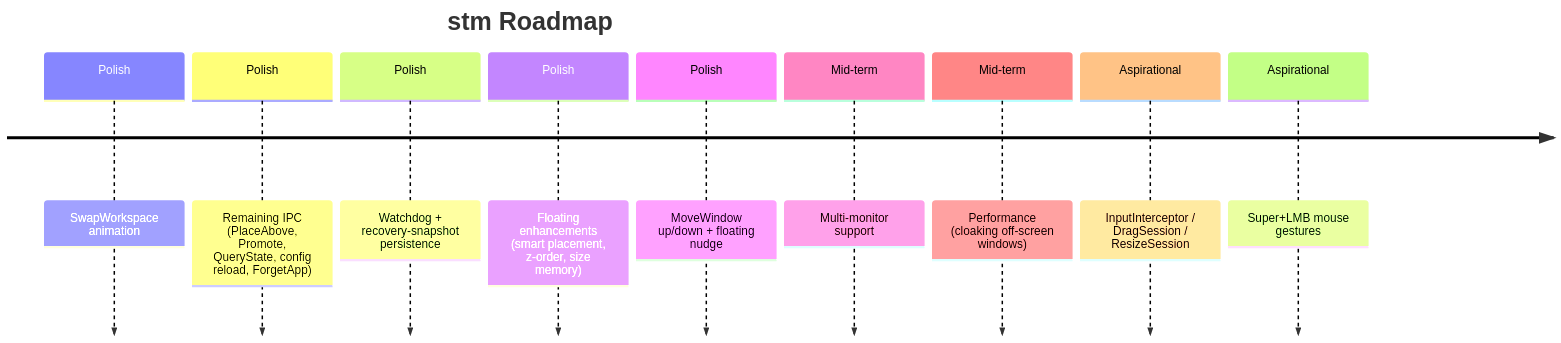
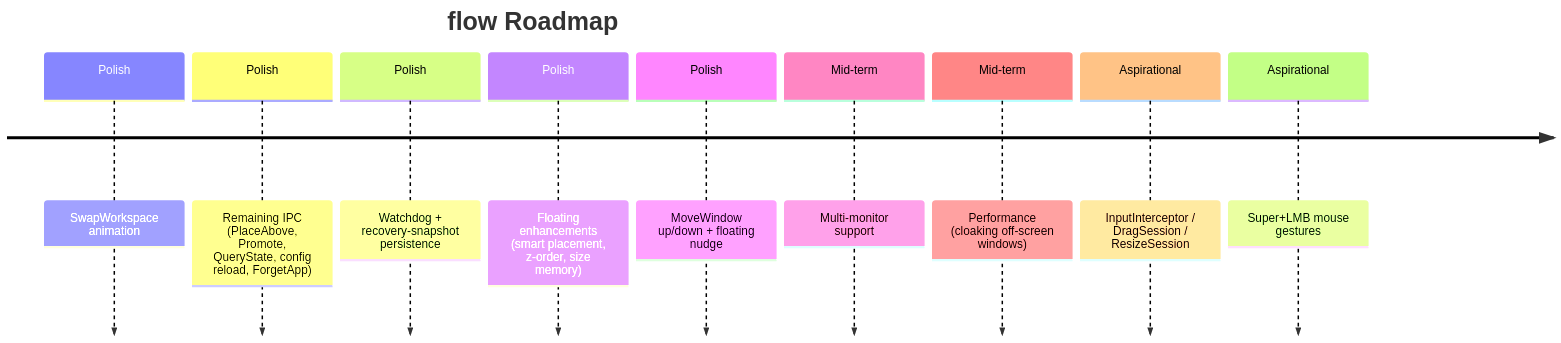
One commit to CCpcalvin/flow-wm changed the diagram in docs/src/dev-guide/roadmap.md. Above: the diagram before and after it, drawn with Mermaid. The commit also changed other lines of this file and 108 other files, not shown here.

Commit message:
refactor: rename project from scrolling-tiling-manager to flow-wm

````diff
--- a/docs/src/dev-guide/roadmap.md
+++ b/docs/src/dev-guide/roadmap.md
@@ -10,13 +10,13 @@
 ```mermaid
 timeline
-    title stm Roadmap
+    title flow Roadmap
     Polish : SwapWorkspace animation
     Polish : Remaining IPC (PlaceAbove, Promote, QueryState, config reload, ForgetApp)
     Polish : Watchdog + recovery-snapshot persistence
     Polish : Floating enhancements (smart placement, z-order, size memory)
     Polish : MoveWindow up/down + floating nudge
     Mid-term : Multi-monitor support
     Mid-term : Performance (cloaking off-screen windows)
     Aspirational : InputInterceptor / DragSession / ResizeSession
     Aspirational : Super+LMB mouse gestures
 ```
````
